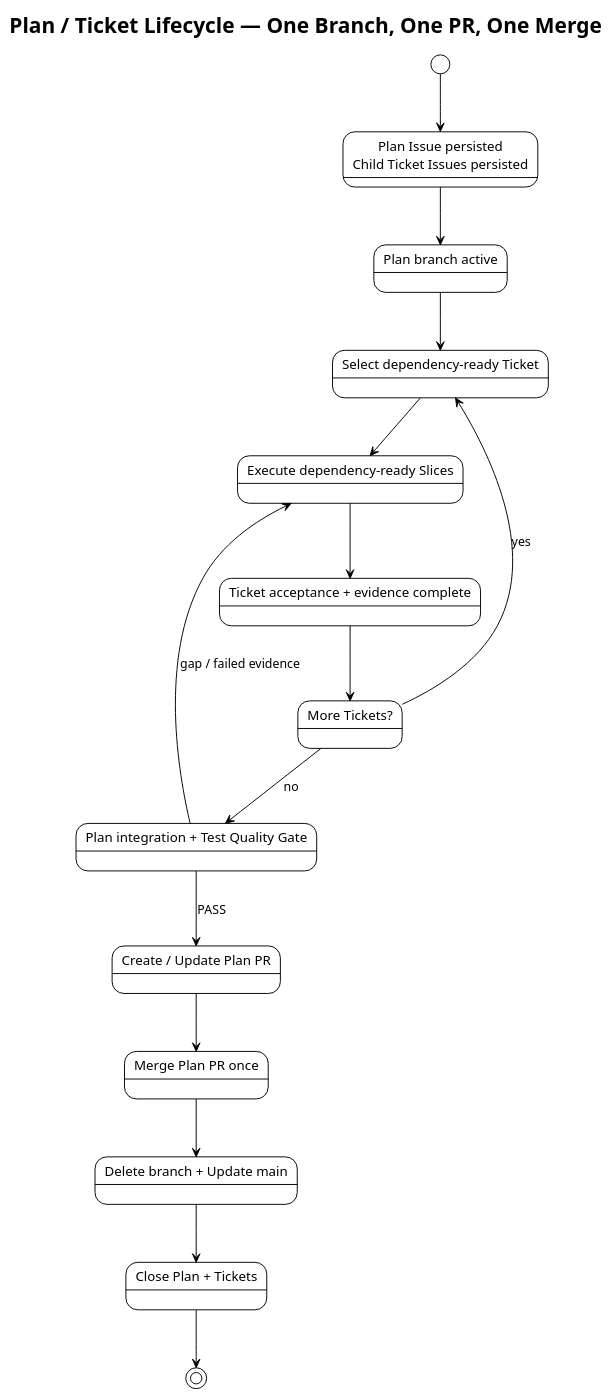
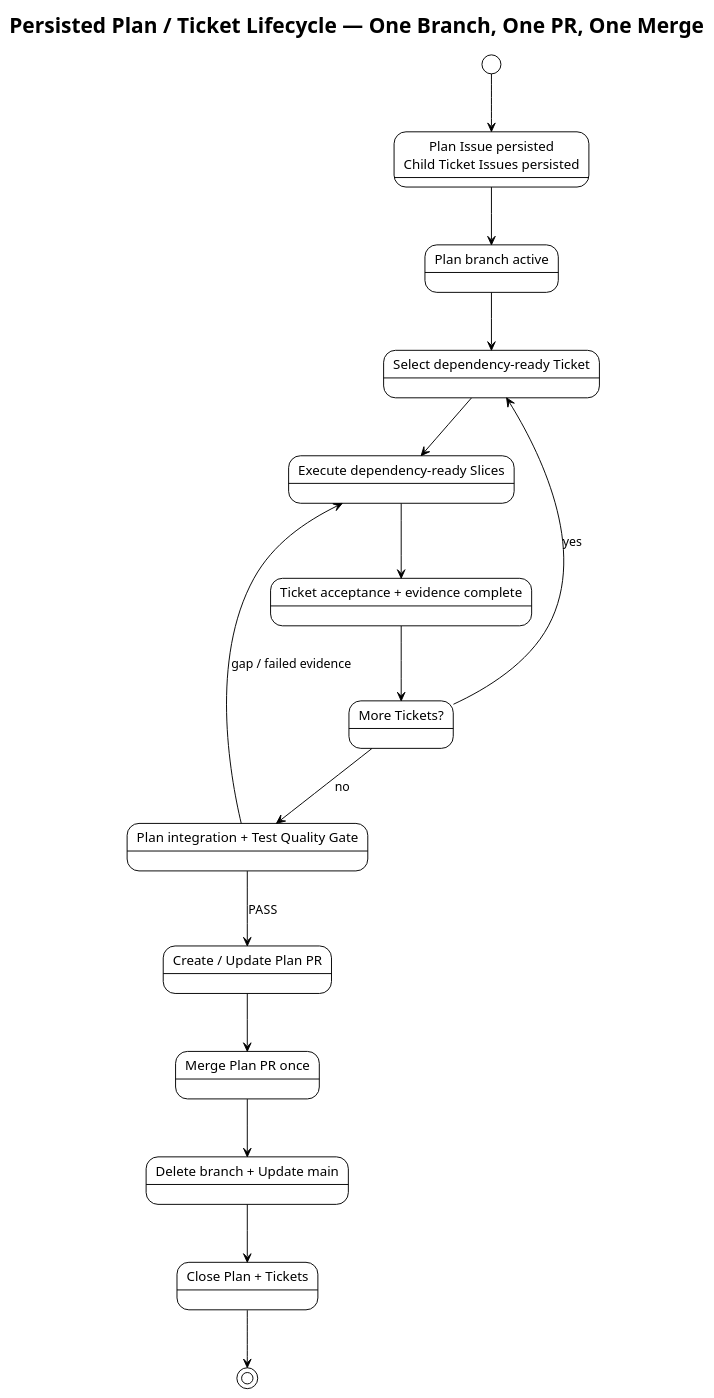
Before and after one commit to i-zrhe2016/codex-development-workflow: the diagram in docs/diagrams/ticket-lifecycle.puml, drawn with PlantUML. The commit also changed 53 other files, not shown here.

```diff
--- a/docs/diagrams/ticket-lifecycle.puml
+++ b/docs/diagrams/ticket-lifecycle.puml
@@ -1,35 +1,35 @@
 @startuml
 !theme plain
 top to bottom direction
 skinparam shadowing false
 skinparam defaultFontName Arial
 
-title Plan / Ticket Lifecycle — One Branch, One PR, One Merge
+title Persisted Plan / Ticket Lifecycle — One Branch, One PR, One Merge
 
 state "Plan Issue persisted\nChild Ticket Issues persisted" as persisted
 state "Plan branch active" as branch
 state "Select dependency-ready Ticket" as select
 state "Execute dependency-ready Slices" as slices
 state "Ticket acceptance + evidence complete" as accepted
 state "More Tickets?" as more
 state "Plan integration + Test Quality Gate" as gate
 state "Create / Update Plan PR" as publish
 state "Merge Plan PR once" as merge
 state "Delete branch + Update main" as cleanup
 state "Close Plan + Tickets" as done
 
 [*] --> persisted
 persisted --> branch
 branch --> select
 select --> slices
 slices --> accepted
 accepted --> more
 more --> select : yes
 more --> gate : no
 gate --> slices : gap / failed evidence
 gate --> publish : PASS
 publish --> merge
 merge --> cleanup
 cleanup --> done
 done --> [*]
 @enduml
```
